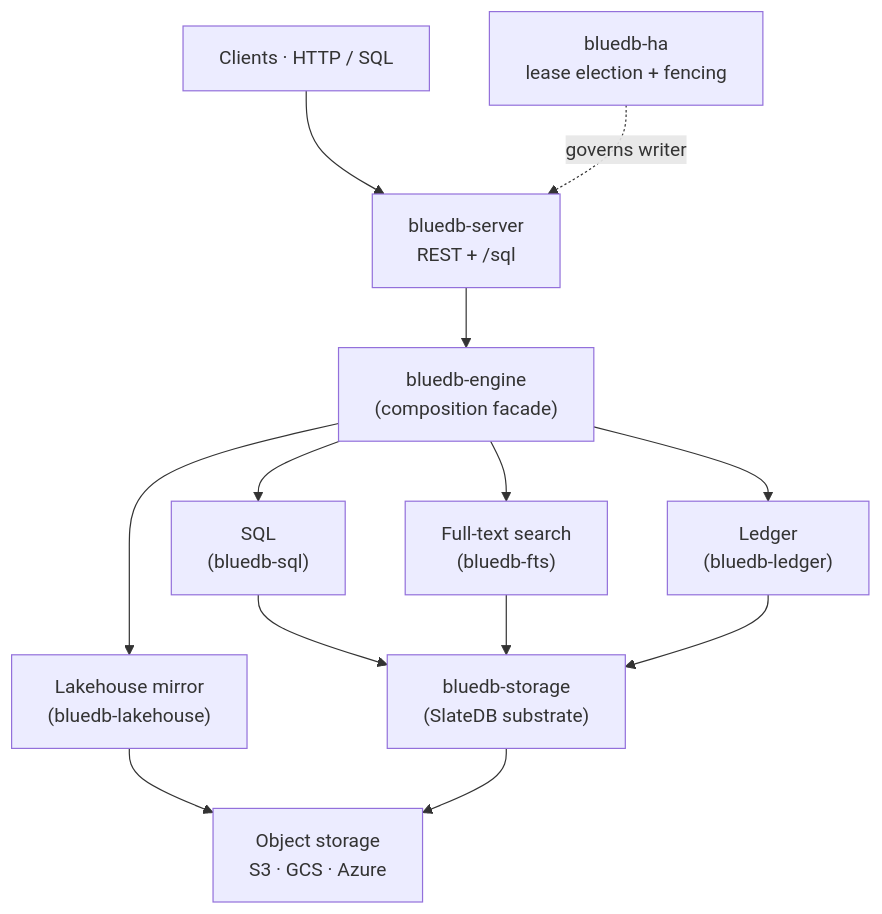
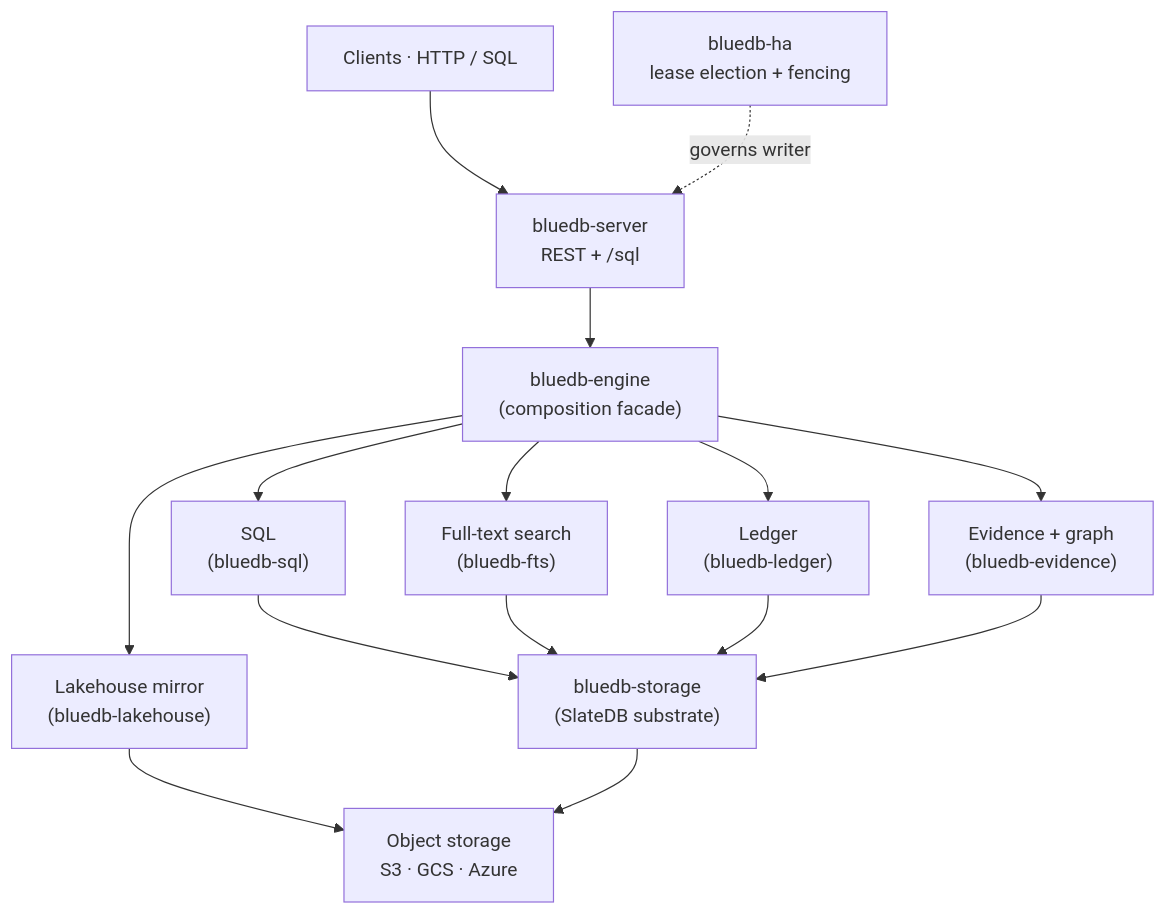
One commit to bluecopa/bluedb changed the diagram in docs/index.md. Above: the diagram before and after it, drawn with Mermaid. The commit also changed other lines of this file and 4 other files, not shown here.

First line of the commit message:
docs(evidence): document evidence chains + native graph store

````diff
--- a/docs/index.md
+++ b/docs/index.md
@@ -25,15 +25,17 @@
 ```mermaid
 flowchart TD
     C["Clients · HTTP / SQL"] --> SRV["bluedb-server<br/>REST + /sql"]
     SRV --> ENG["bluedb-engine<br/>(composition facade)"]
     ENG --> SQL["SQL<br/>(bluedb-sql)"]
     ENG --> FTS["Full-text search<br/>(bluedb-fts)"]
     ENG --> LED["Ledger<br/>(bluedb-ledger)"]
     ENG --> LAKE["Lakehouse mirror<br/>(bluedb-lakehouse)"]
+    ENG --> EVI["Evidence + graph<br/>(bluedb-evidence)"]
     SQL --> STO["bluedb-storage<br/>(SlateDB substrate)"]
     FTS --> STO
     LED --> STO
+    EVI --> STO
     LAKE --> OS
     STO --> OS["Object storage<br/>S3 · GCS · Azure"]
     HA["bluedb-ha<br/>lease election + fencing"] -.governs writer.-> SRV
 ```
````
